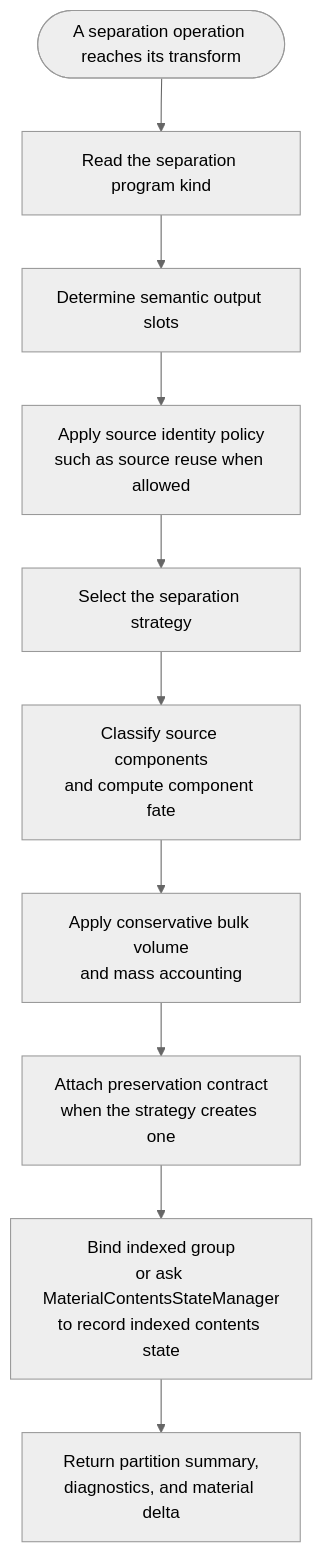
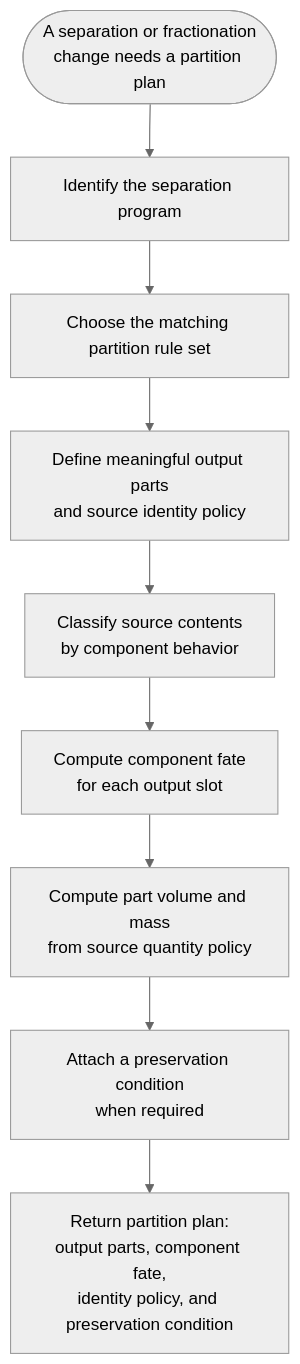
One commit to culsma/culsma changed the third of 8 diagrams in docs/architecture/material_compute_module_diagrams.md. Above: the diagram before and after it, drawn with Mermaid (neutral theme). The commit also changed other lines of this file and 10 other files, not shown here.

````diff
--- a/docs/architecture/material_compute_module_diagrams.md
+++ b/docs/architecture/material_compute_module_diagrams.md
@@ -181,23 +165,21 @@
 ```mermaid
 flowchart TB
-    Start(["A separation operation reaches its transform"])
-    Program["Read the separation program kind"]
-    Slots["Determine semantic output slots"]
-    Identity["Apply source identity policy<br/>such as source reuse when allowed"]
-    Strategy["Select the separation strategy"]
-    Components["Classify source components<br/>and compute component fate"]
-    Bulk["Apply conservative bulk volume<br/>and mass accounting"]
-    Preservation["Attach preservation contract<br/>when the strategy creates one"]
-    Projection["Bind indexed group<br/>or ask MaterialContentsStateManager<br/>to record indexed contents state"]
-    Delta["Return partition summary,<br/>diagnostics, and material delta"]
+    Start(["A separation or fractionation<br/>change needs a partition plan"])
+    Program["Identify the separation program"]
+    Strategy["Choose the matching partition rule set"]
+    Slots["Define meaningful output parts<br/>and source identity policy"]
+    Classify["Classify source contents<br/>by component behavior"]
+    Fate["Compute component fate<br/>for each output slot"]
+    Quantities["Compute part volume and mass<br/>from source quantity policy"]
+    Preservation["Attach a preservation condition<br/>when required"]
+    Plan["Return partition plan:<br/>output parts, component fate,<br/>identity policy, and preservation condition"]
 
     Start --> Program
-    Program --> Slots
-    Slots --> Identity
-    Identity --> Strategy
-    Strategy --> Components
-    Components --> Bulk
-    Bulk --> Preservation
-    Preservation --> Projection
-    Projection --> Delta
+    Program --> Strategy
+    Strategy --> Slots
+    Slots --> Classify
+    Classify --> Fate
+    Fate --> Quantities
+    Quantities --> Preservation
+    Preservation --> Plan
 ```
````
